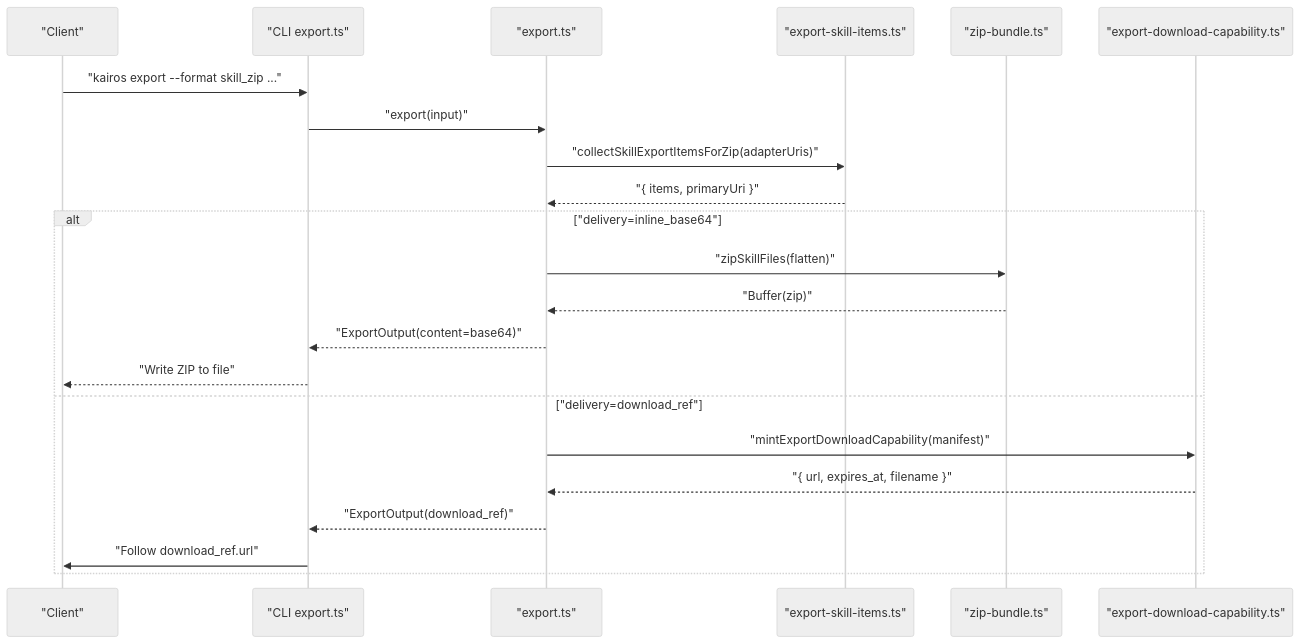
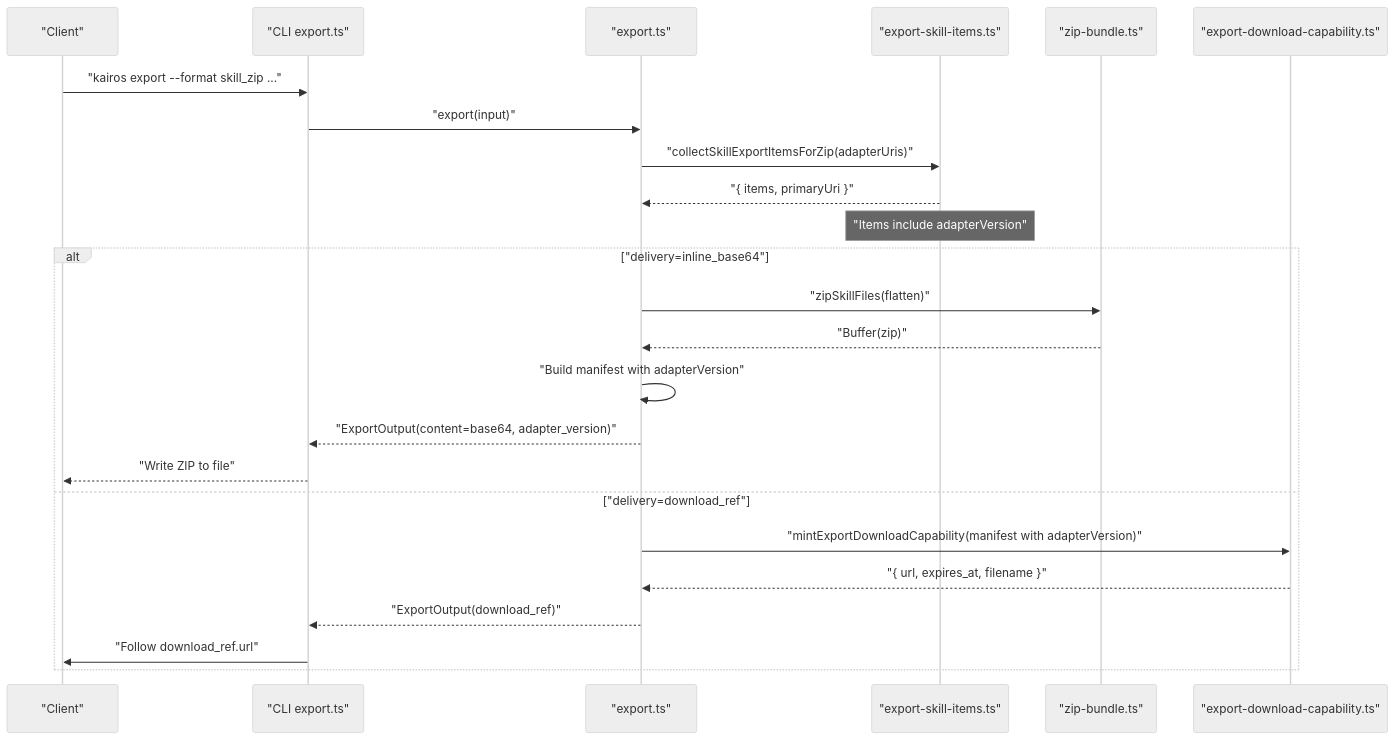
Before and after one commit to debian777/kairos-mcp: the second of 10 diagrams in .qoder/repowiki/en/content/MCP Protocol Tools/Export Tool.md, drawn with Mermaid (neutral theme). The commit also changed other lines of this file and 16 other files, not shown here.

````diff
--- a/.qoder/repowiki/en/content/MCP Protocol Tools/Export Tool.md
+++ b/.qoder/repowiki/en/content/MCP Protocol Tools/Export Tool.md
@@ -149,24 +170,26 @@
 ```mermaid
 sequenceDiagram
 participant Client as "Client"
 participant CLI as "CLI export.ts"
 participant Tool as "export.ts"
 participant Items as "export-skill-items.ts"
 participant Zip as "zip-bundle.ts"
 participant Sec as "export-download-capability.ts"
 Client->>CLI : "kairos export --format skill_zip ..."
 CLI->>Tool : "export(input)"
 Tool->>Items : "collectSkillExportItemsForZip(adapterUris)"
 Items-->>Tool : "{ items, primaryUri }"
+Note over Items : "Items include adapterVersion"
 alt "delivery=inline_base64"
 Tool->>Zip : "zipSkillFiles(flatten)"
 Zip-->>Tool : "Buffer(zip)"
-Tool-->>CLI : "ExportOutput(content=base64)"
+Tool->>Tool : "Build manifest with adapterVersion"
+Tool-->>CLI : "ExportOutput(content=base64, adapter_version)"
 CLI-->>Client : "Write ZIP to file"
 else "delivery=download_ref"
-Tool->>Sec : "mintExportDownloadCapability(manifest)"
+Tool->>Sec : "mintExportDownloadCapability(manifest with adapterVersion)"
 Sec-->>Tool : "{ url, expires_at, filename }"
 Tool-->>CLI : "ExportOutput(download_ref)"
 CLI->>Client : "Follow download_ref.url"
 end
 ```
````
